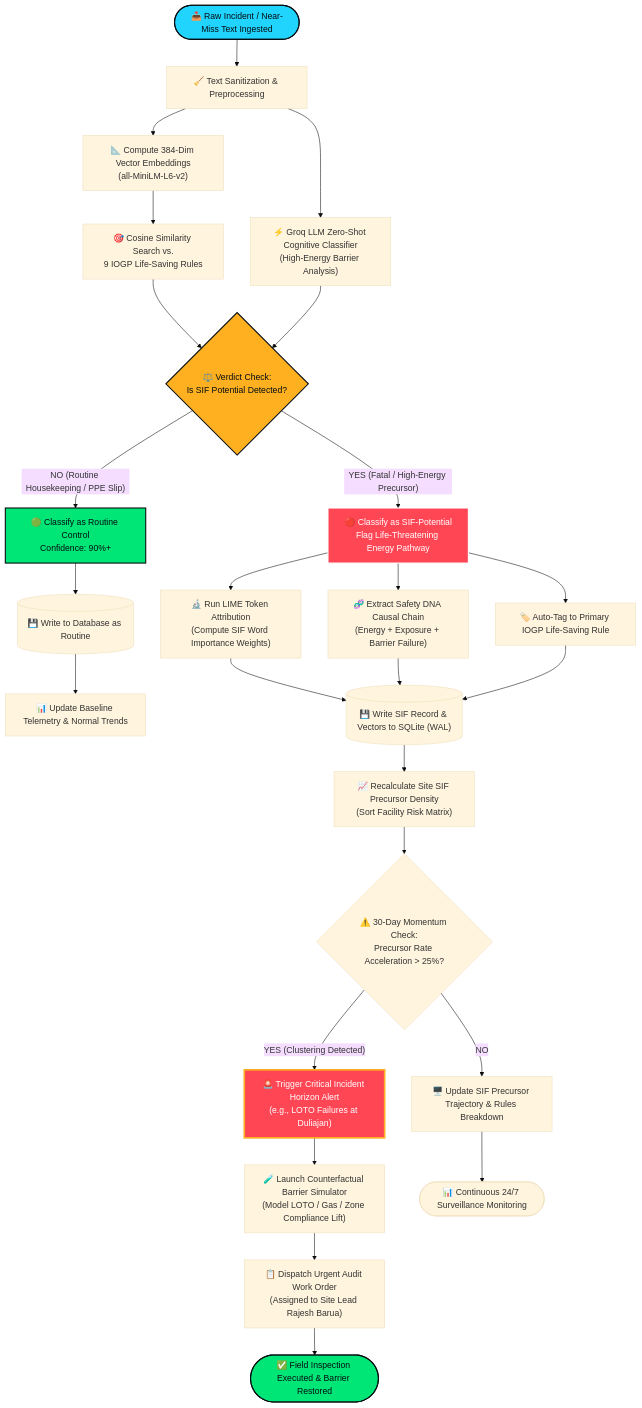
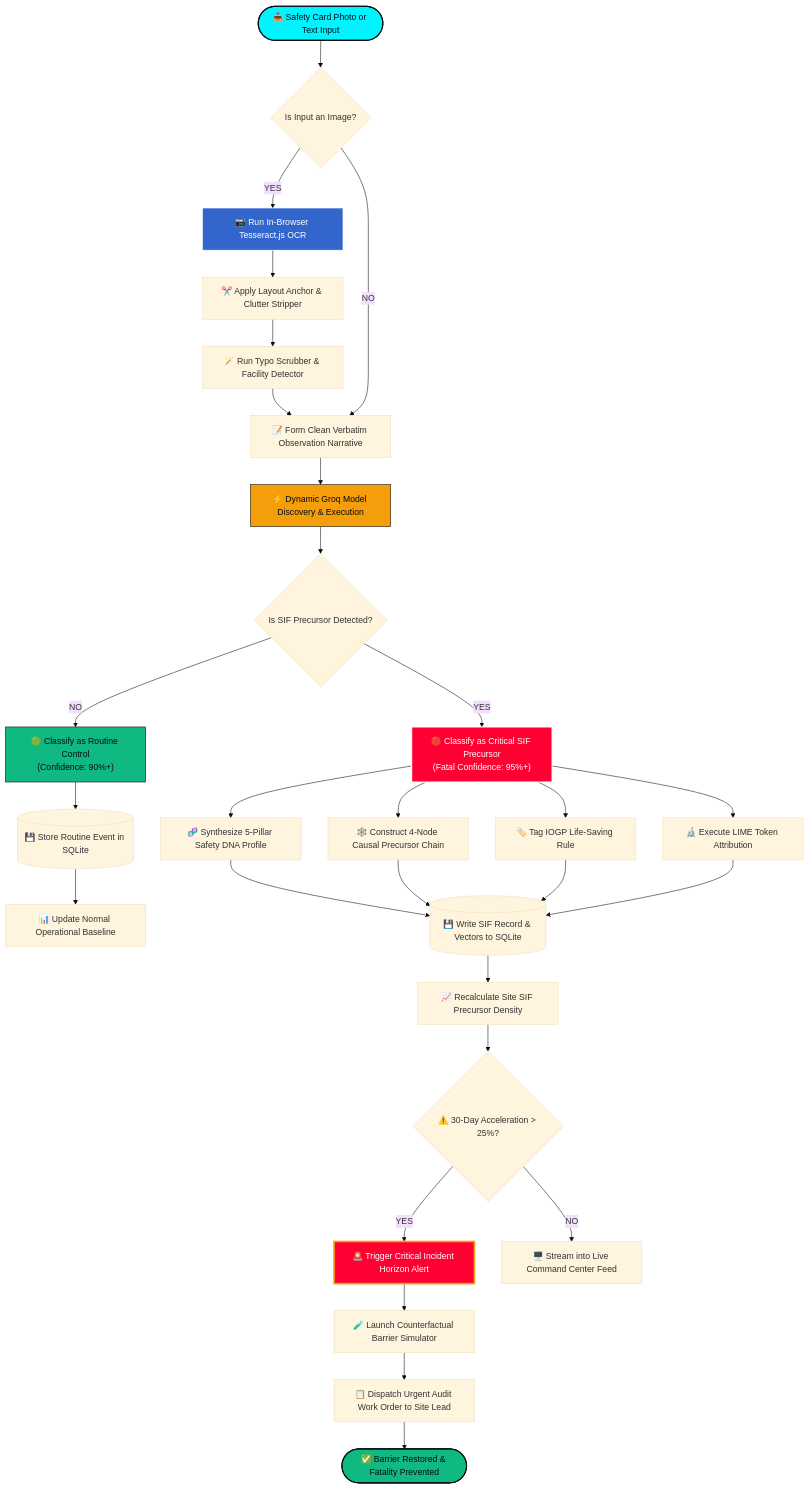
One commit to dharani25007-code/SENTINEL-X changed the fifth of 5 diagrams in README.md. Above: the diagram before and after it, drawn with Mermaid (base theme). The commit also changed other lines of this file and 15 other files, not shown here.

Commit message:
feat(sih26165): add multi-modal card OCR, zero-downtime dynamic SIF engine, causal graph & comprehensive README architecture

````diff
--- a/README.md
+++ b/README.md
@@ -612,44 +265,45 @@
 ```mermaid
 flowchart TD
-    Start(["📥 Raw Incident / Near-Miss Text Ingested"]) --> Tokenize["🧹 Text Sanitization & Preprocessing"]
+    Start(["📥 Safety Card Photo or Text Input"]) --> OCRCheck{"Is Input an Image?"}
     
-    Tokenize --> VectorEmbed["📐 Compute 384-Dim Vector Embeddings<br/>(all-MiniLM-L6-v2)"]
-    VectorEmbed --> CosineMatch["🎯 Cosine Similarity Search vs.<br/>9 IOGP Life-Saving Rules"]
+    OCRCheck -- "YES" --> Tesseract["📷 Run In-Browser Tesseract.js OCR"]
+    Tesseract --> LayoutTrim["✂️ Apply Layout Anchor & Clutter Stripper"]
+    LayoutTrim --> TypoFix["🪄 Run Typo Scrubber & Facility Detector"]
+    TypoFix --> CleanText["📝 Form Clean Verbatim Observation Narrative"]
     
-    Tokenize --> GroqInference["⚡ Groq LLM Zero-Shot Cognitive Classifier<br/>(High-Energy Barrier Analysis)"]
+    OCRCheck -- "NO" --> CleanText
     
-    CosineMatch & GroqInference --> EvaluateSIF{"⚖️ Verdict Check:<br/>Is SIF Potential Detected?"}
+    CleanText --> GroqDynamic["⚡ Dynamic Groq Model Discovery & Execution"]
+    GroqDynamic --> SIFCheck{"Is SIF Precursor Detected?"}
     
     %% ROUTINE PATH
-    EvaluateSIF -- "NO (Routine Housekeeping / PPE Slip)" --> RoutinePath["🟢 Classify as Routine Control<br/>Confidence: 90%+"]
-    RoutinePath --> DB_Routine[("💾 Write to Database as Routine")]
-    DB_Routine --> UpdateBaseline["📊 Update Baseline Telemetry & Normal Trends"]
+    SIFCheck -- "NO" --> Routine["🟢 Classify as Routine Control<br/>(Confidence: 90%+)"]
+    Routine --> DBRoutine[("💾 Store Routine Event in SQLite")]
+    DBRoutine --> UpdateBase["📊 Update Normal Operational Baseline"]
     
     %% SIF PATH
-    EvaluateSIF -- "YES (Fatal / High-Energy Precursor)" --> SIFPath["🔴 Classify as SIF-Potential<br/>Flag Life-Threatening Energy Pathway"]
+    SIFCheck -- "YES" --> SIFAlert["🔴 Classify as Critical SIF Precursor<br/>(Fatal Confidence: 95%+)"]
+    SIFAlert --> GenDNA["🧬 Synthesize 5-Pillar Safety DNA Profile"]
+    SIFAlert --> BuildChain["🕸️ Construct 4-Node Causal Precursor Chain"]
+    SIFAlert --> MapIOGP["🏷️ Tag IOGP Life-Saving Rule"]
+    SIFAlert --> RunLIME["🔬 Execute LIME Token Attribution"]
     
-    SIFPath --> XAI["🔬 Run LIME Token Attribution<br/>(Compute SIF Word Importance Weights)"]
-    SIFPath --> DNAExtract["🧬 Extract Safety DNA Causal Chain<br/>(Energy + Exposure + Barrier Failure)"]
-    SIFPath --> TagRule["🏷️ Auto-Tag to Primary IOGP Life-Saving Rule"]
+    GenDNA & BuildChain & MapIOGP & RunLIME --> DBSIF[("💾 Write SIF Record & Vectors to SQLite")]
+    DBSIF --> Recalc["📈 Recalculate Site SIF Precursor Density"]
+    Recalc --> TimeCheck{"⚠️ 30-Day Acceleration > 25%?"}
     
-    XAI & DNAExtract & TagRule --> DB_SIF[("💾 Write SIF Record & Vectors to SQLite (WAL)")]
+    TimeCheck -- "YES" --> HorizonAlert["🚨 Trigger Critical Incident Horizon Alert"]
+    TimeCheck -- "NO" --> LiveFeed["🖥️ Stream into Live Command Center Feed"]
     
-    DB_SIF --> RecalcDensity["📈 Recalculate Site SIF Precursor Density<br/>(Sort Facility Risk Matrix)"]
-    RecalcDensity --> CheckMomentum{"⚠️ 30-Day Momentum Check:<br/>Precursor Rate Acceleration > 25%?"}
-    
-    CheckMomentum -- "YES (Clustering Detected)" --> TriggerAlert["🚨 Trigger Critical Incident Horizon Alert<br/>(e.g., LOTO Failures at Duliajan)"]
-    CheckMomentum -- "NO" --> StandardDashboard["🖥️ Update SIF Precursor Trajectory & Rules Breakdown"]
-    
-    TriggerAlert --> SimulateIntervention["🧪 Launch Counterfactual Barrier Simulator<br/>(Model LOTO / Gas / Zone Compliance Lift)"]
-    SimulateIntervention --> DispatchWorkOrder["📋 Dispatch Urgent Audit Work Order<br/>(Assigned to Site Lead Rajesh Barua)"]
-    
-    DispatchWorkOrder --> CloseLoop(["✅ Field Inspection Executed & Barrier Restored"])
-    StandardDashboard --> EndState(["📊 Continuous 24/7 Surveillance Monitoring"])
+    HorizonAlert --> LaunchSim["🧪 Launch Counterfactual Barrier Simulator"]
+    LaunchSim --> DispatchOrder["📋 Dispatch Urgent Audit Work Order to Site Lead"]
+    DispatchOrder --> Done(["✅ Barrier Restored & Fatality Prevented"])
 
-    style Start fill:#21D4FD,stroke:#040D12,stroke-width:2px,color:#040D12
-    style EvaluateSIF fill:#FFB020,stroke:#040D12,stroke-width:2px,color:#040D12
-    style SIFPath fill:#FF4655,stroke:#FFFFFF,stroke-width:2px,color:#FFFFFF
-    style RoutinePath fill:#00E676,stroke:#040D12,stroke-width:2px,color:#040D12
-    style TriggerAlert fill:#FF4655,stroke:#FFB020,stroke-width:3px,color:#FFFFFF
-    style CloseLoop fill:#00E676,stroke:#040D12,stroke-width:2px,color:#040D12
+    style Start fill:#00f3ff,stroke:#040D12,stroke-width:2px,color:#040D12
+    style Tesseract fill:#3366cc,stroke:#fff,color:#fff
+    style GroqDynamic fill:#f59e0b,stroke:#040D12,color:#040D12
+    style SIFAlert fill:#ff0033,stroke:#fff,stroke-width:2px,color:#fff
+    style Routine fill:#10b981,stroke:#040D12,color:#040D12
+    style HorizonAlert fill:#ff0033,stroke:#f59e0b,stroke-width:3px,color:#fff
+    style Done fill:#10b981,stroke:#040D12,stroke-width:2px,color:#040D12
 ```
````
